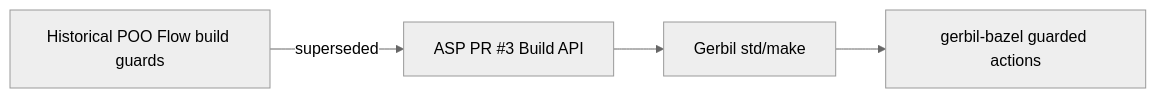
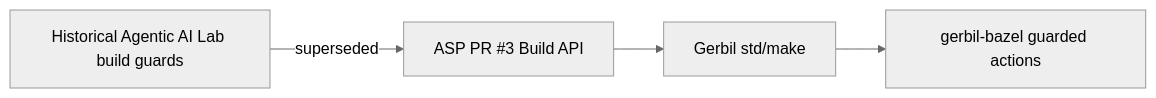
The diagram in module-system/design/147-adaptive-scheme-build-guard/10-focused-implementation-receipts.org (tao3k/gebril-yuanxu), drawn with Mermaid (neutral theme) before and after one commit. The commit also changed other lines of this file and 507 other files, not shown here.

```diff
--- a/module-system/design/147-adaptive-scheme-build-guard/10-focused-implementation-receipts.org
+++ b/module-system/design/147-adaptive-scheme-build-guard/10-focused-implementation-receipts.org
@@ -11,5 +11,5 @@
 #+begin_src mermaid
 flowchart LR
-    H["Historical POO Flow build guards"] -->|"superseded"| U["ASP PR #3 Build API"]
+    H["Historical Agentic AI Lab build guards"] -->|"superseded"| U["ASP PR #3 Build API"]
     U --> S["Gerbil std/make"] --> B["gerbil-bazel guarded actions"]
 #+end_src
```
